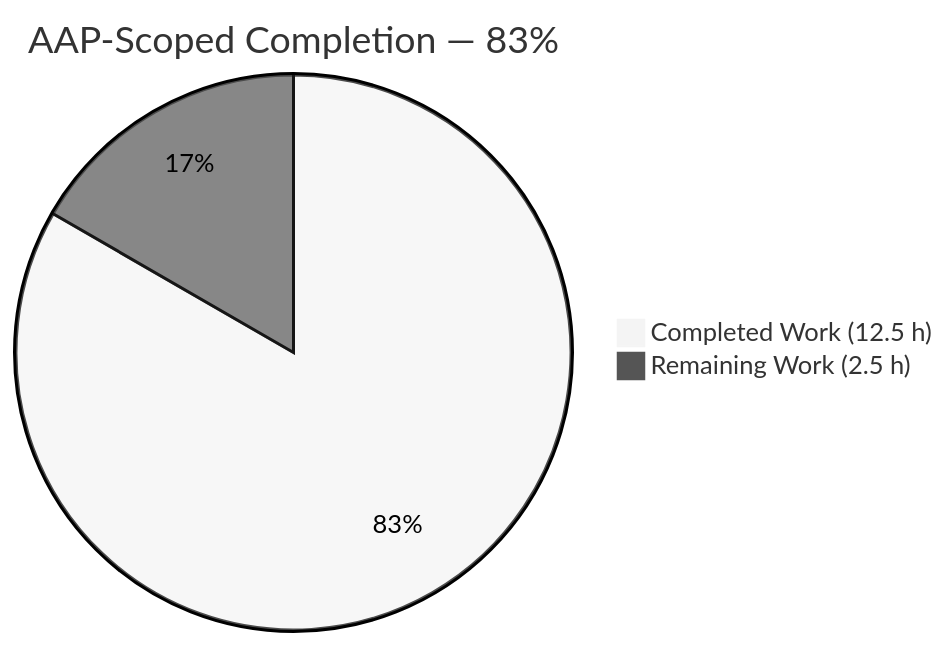
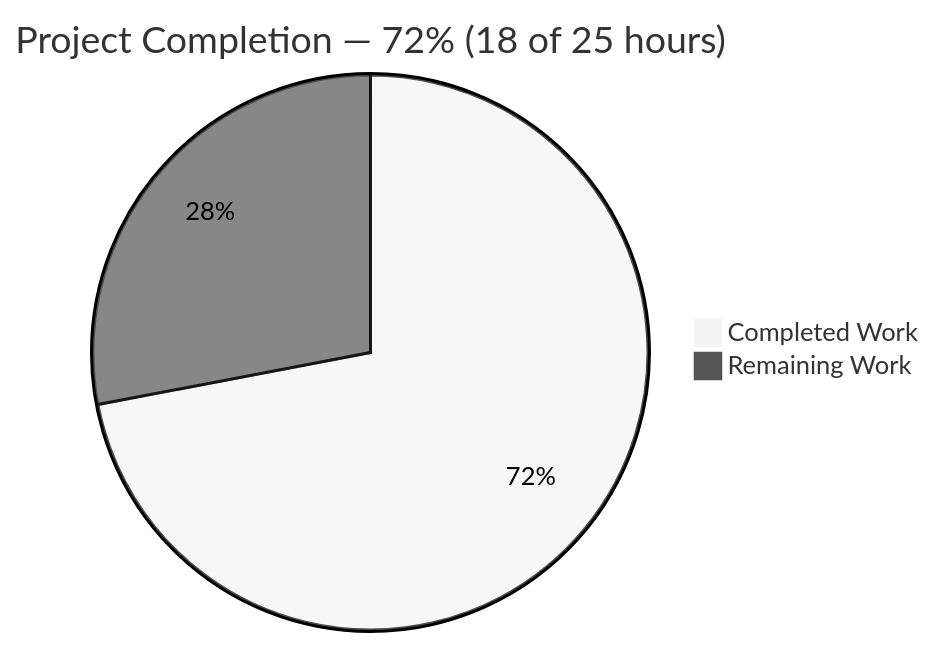
One commit to ajitblitzy/Ajit_GH_Repo-12-Mar-26 changed the first of 3 diagrams in blitzy/documentation/Project Guide.md. Above: the diagram before and after it, drawn with Mermaid (neutral theme). The commit also changed other lines of this file, not shown here.

Commit message:
Adding Blitzy Project Guide: Project Status and Human Tasks Remaining

````diff
--- a/blitzy/documentation/Project Guide.md
+++ b/blitzy/documentation/Project Guide.md
@@ -9,5 +11,5 @@
 ```mermaid
-pie title AAP-Scoped Completion — 83%
-    "Completed Work (12.5 h)" : 12.5
-    "Remaining Work (2.5 h)" : 2.5
+pie title Project Completion — 72% (18 of 25 hours)
+    "Completed Work" : 18
+    "Remaining Work" : 7
 ```
````
